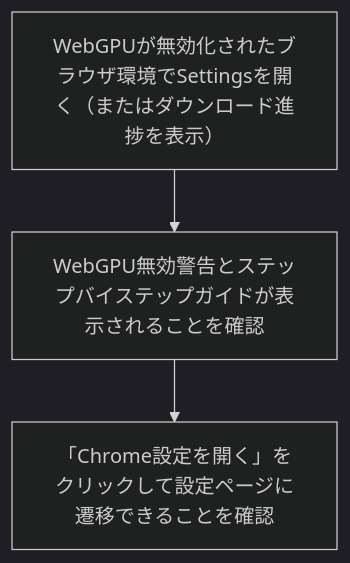
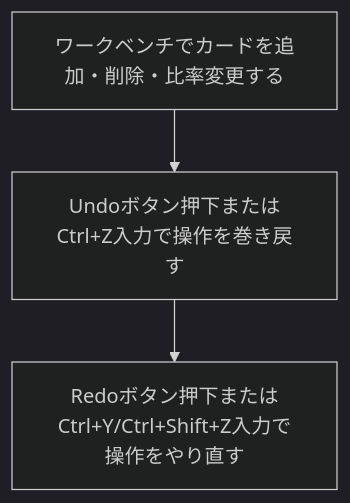
One commit to tmaeda11235/style-atelier changed diagram 48 of 57 in memory-bank/userJourneys.md. Above: the diagram before and after it, drawn with Mermaid (dark theme). The commit also changed other lines of this file and 3 other files, not shown here.

````diff
--- a/memory-bank/userJourneys.md
+++ b/memory-bank/userJourneys.md
@@ -789,8 +824,8 @@
 ```mermaid
 flowchart TD
-  S1["WebGPUが無効化されたブラウザ環境でSettingsを開く（またはダウンロード進捗を表示）"]
-  S2["WebGPU無効警告とステップバイステップガイドが表示されることを確認"]
+  S1["ワークベンチでカードを追加・削除・比率変更する"]
+  S2["Undoボタン押下またはCtrl+Z入力で操作を巻き戻す"]
   S1 --> S2
-  S3["「Chrome設定を開く」をクリックして設定ページに遷移できることを確認"]
+  S3["Redoボタン押下またはCtrl+Y/Ctrl+Shift+Z入力で操作をやり直す"]
   S2 --> S3
 ```
````
